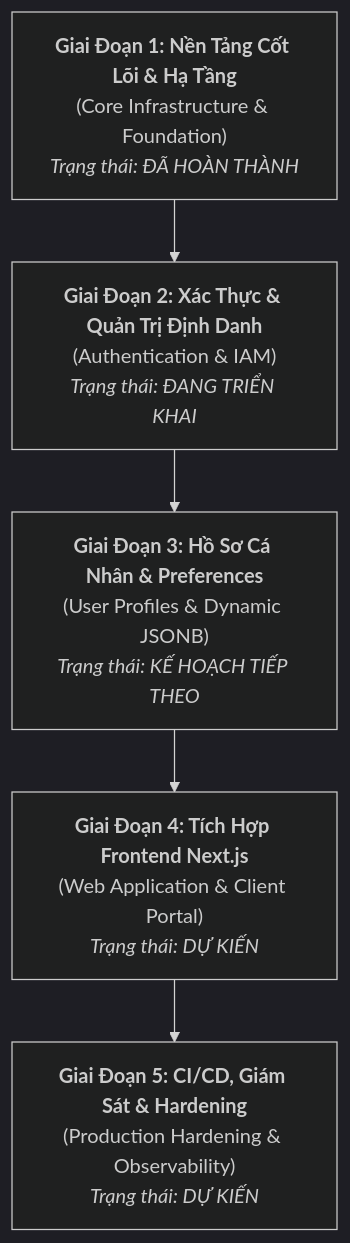
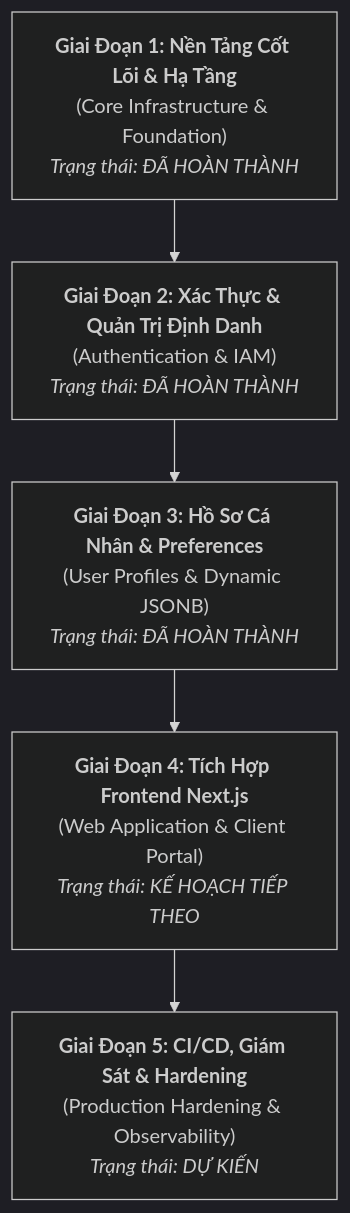
One commit to vlahanam/terra-clone changed the diagram in docs/project-roadmap.md. Above: the diagram before and after it, drawn with Mermaid (dark theme). The commit also changed other lines of this file and 34 other files, not shown here.

First line of the commit message:
feat: Implement user authentication and management features

````diff
--- a/docs/project-roadmap.md
+++ b/docs/project-roadmap.md
@@ -10,13 +10,13 @@
 ```mermaid
 flowchart TD
     Phase1["<b>Giai Đoạn 1: Nền Tảng Cốt Lõi & Hạ Tầng</b><br/>(Core Infrastructure & Foundation)<br/><i>Trạng thái: ĐÃ HOÀN THÀNH</i>"]
-    Phase2["<b>Giai Đoạn 2: Xác Thực & Quản Trị Định Danh</b><br/>(Authentication & IAM)<br/><i>Trạng thái: ĐANG TRIỂN KHAI</i>"]
-    Phase3["<b>Giai Đoạn 3: Hồ Sơ Cá Nhân & Preferences</b><br/>(User Profiles & Dynamic JSONB)<br/><i>Trạng thái: KẾ HOẠCH TIẾP THEO</i>"]
-    Phase4["<b>Giai Đoạn 4: Tích Hợp Frontend Next.js</b><br/>(Web Application & Client Portal)<br/><i>Trạng thái: DỰ KIẾN</i>"]
+    Phase2["<b>Giai Đoạn 2: Xác Thực & Quản Trị Định Danh</b><br/>(Authentication & IAM)<br/><i>Trạng thái: ĐÃ HOÀN THÀNH</i>"]
+    Phase3["<b>Giai Đoạn 3: Hồ Sơ Cá Nhân & Preferences</b><br/>(User Profiles & Dynamic JSONB)<br/><i>Trạng thái: ĐÃ HOÀN THÀNH</i>"]
+    Phase4["<b>Giai Đoạn 4: Tích Hợp Frontend Next.js</b><br/>(Web Application & Client Portal)<br/><i>Trạng thái: KẾ HOẠCH TIẾP THEO</i>"]
     Phase5["<b>Giai Đoạn 5: CI/CD, Giám Sát & Hardening</b><br/>(Production Hardening & Observability)<br/><i>Trạng thái: DỰ KIẾN</i>"]
 
     Phase1 --> Phase2
     Phase2 --> Phase3
     Phase3 --> Phase4
     Phase4 --> Phase5
 ```
````
